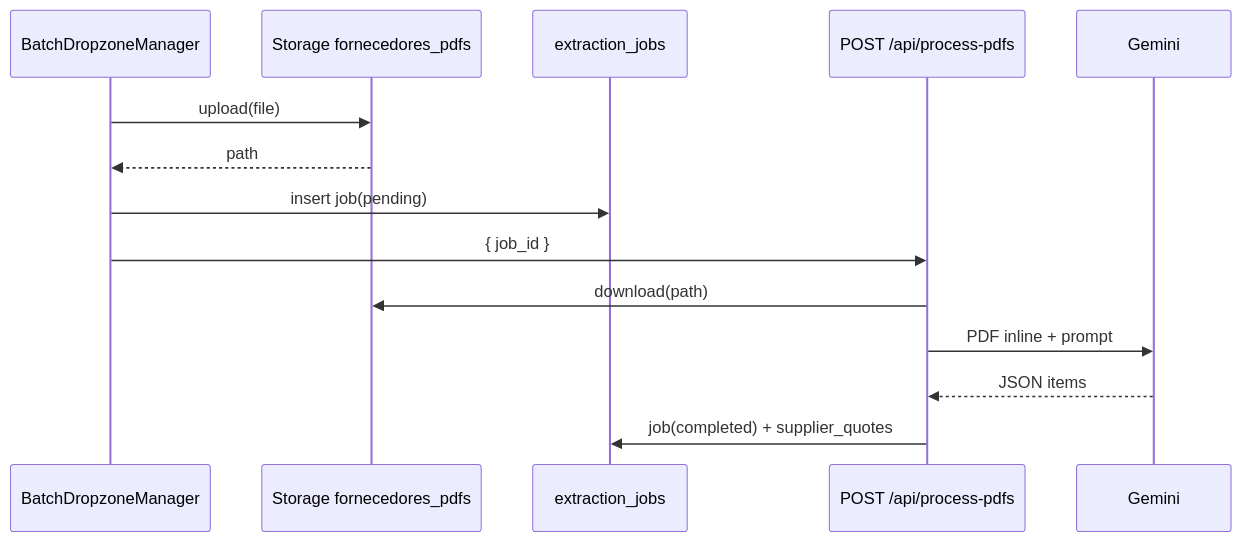
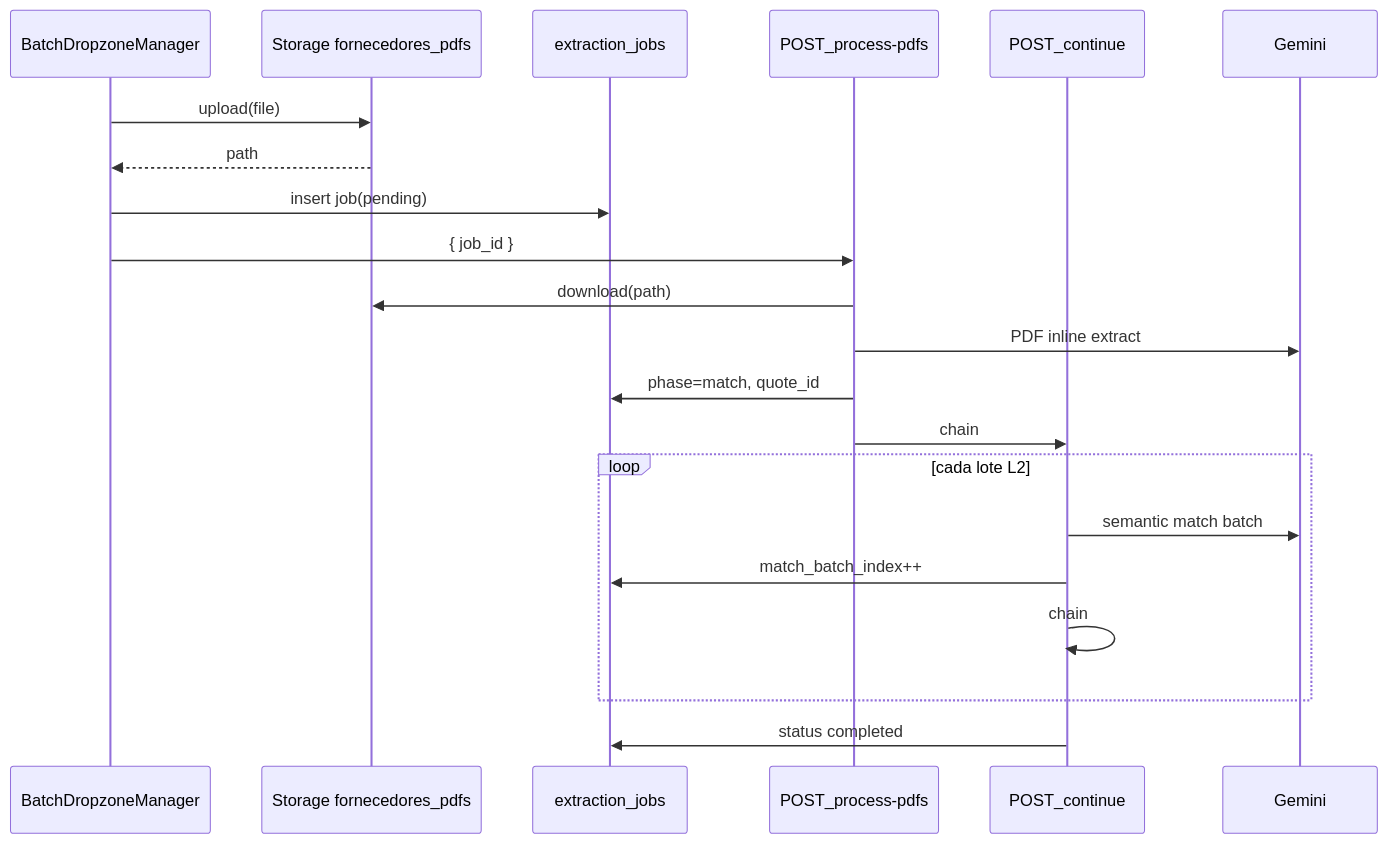
One commit to Paulodev-web/OrcaRedeV1 changed the second of 2 diagrams in ARCHITECTURE.md. Above: the diagram before and after it, drawn with Mermaid. The commit also changed other lines of this file and 13 other files, not shown here.

````diff
--- a/ARCHITECTURE.md
+++ b/ARCHITECTURE.md
@@ -230,17 +236,24 @@
 ```mermaid
 sequenceDiagram
   participant UI as BatchDropzoneManager
   participant St as Storage fornecedores_pdfs
   participant DB as extraction_jobs
-  participant API as POST /api/process-pdfs
+  participant Start as POST_process-pdfs
+  participant Cont as POST_continue
   participant AI as Gemini
 
   UI->>St: upload(file)
   St-->>UI: path
   UI->>DB: insert job(pending)
-  UI->>API: { job_id }
-  API->>St: download(path)
-  API->>AI: PDF inline + prompt
-  AI-->>API: JSON items
-  API->>DB: job(completed) + supplier_quotes
+  UI->>Start: { job_id }
+  Start->>St: download(path)
+  Start->>AI: PDF inline extract
+  Start->>DB: phase=match, quote_id
+  Start->>Cont: chain
+  loop cada lote L2
+    Cont->>AI: semantic match batch
+    Cont->>DB: match_batch_index++
+    Cont->>Cont: chain
+  end
+  Cont->>DB: status completed
 ```
````
